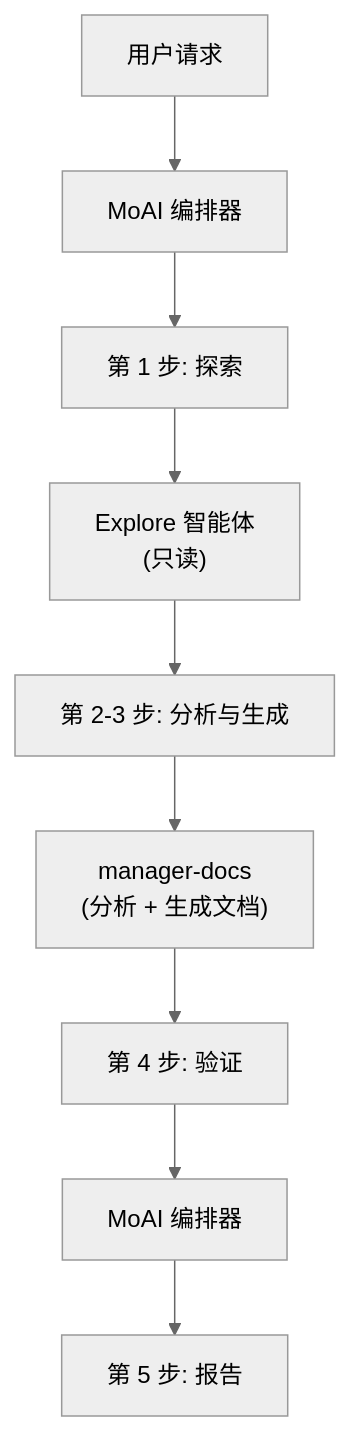
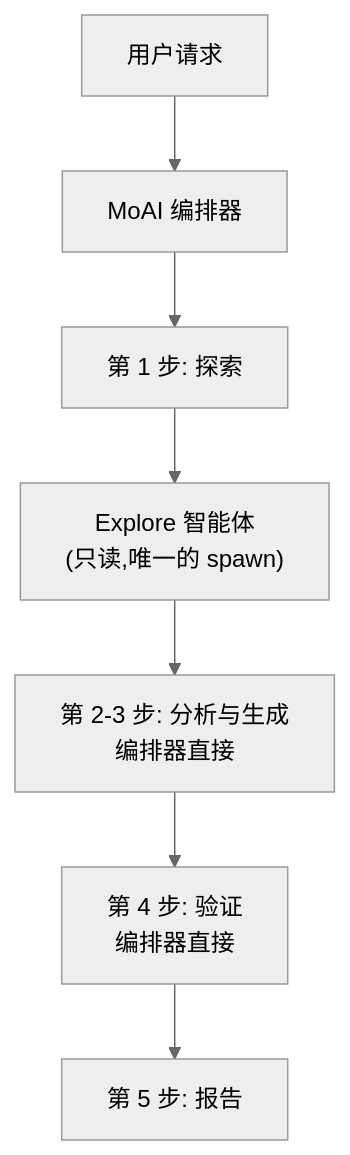
One commit to modu-ai/moai-adk changed the second of 2 diagrams in docs-site/content/zh/utility-commands/moai-codemaps.md. Above: the diagram before and after it, drawn with Mermaid (neutral theme). The commit also changed other lines of this file and 180 other files, not shown here.

````diff
--- a/docs-site/content/zh/utility-commands/moai-codemaps.md
+++ b/docs-site/content/zh/utility-commands/moai-codemaps.md
@@ -184,14 +186,12 @@
 ```mermaid
 flowchart TD
     User["用户请求"] --> MoAI["MoAI 编排器"]
     MoAI --> Phase1["第 1 步: 探索"]
-    Phase1 --> Explore["Explore 智能体<br/>(只读)"]
+    Phase1 --> Explore["Explore 智能体<br/>(只读,唯一的 spawn)"]
 
-    Explore --> Phase23["第 2-3 步: 分析与生成"]
-    Phase23 --> Docs["manager-docs<br/>(分析 + 生成文档)"]
+    Explore --> Phase23["第 2-3 步: 分析与生成<br/>编排器直接"]
 
-    Docs --> Phase4["第 4 步: 验证"]
-    Phase4 --> MoAI2["MoAI 编排器"]
+    Phase23 --> Phase4["第 4 步: 验证<br/>编排器直接"]
 
-    MoAI2 --> Report["第 5 步: 报告"]
+    Phase4 --> Report["第 5 步: 报告"]
 ```
````
